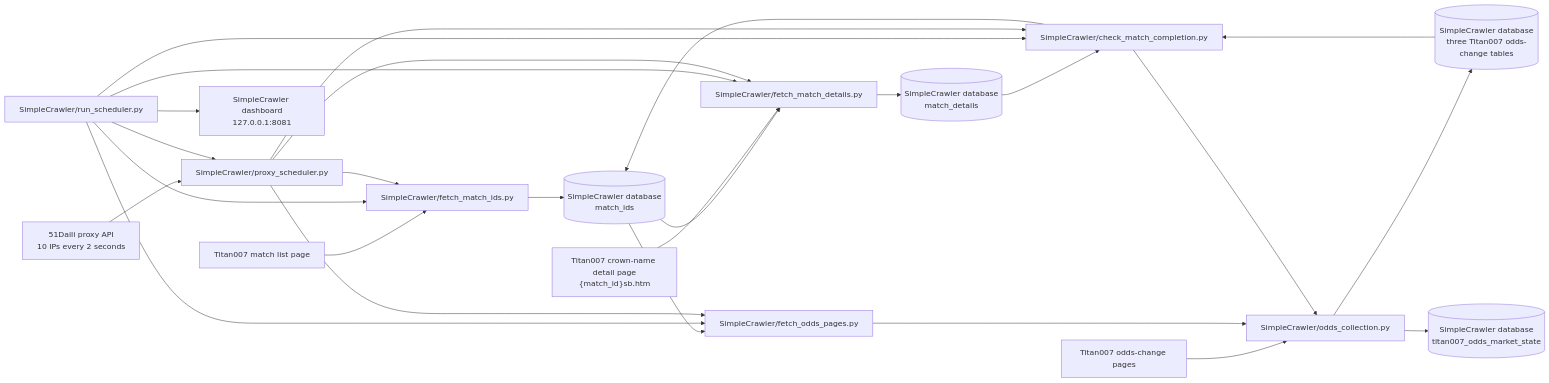
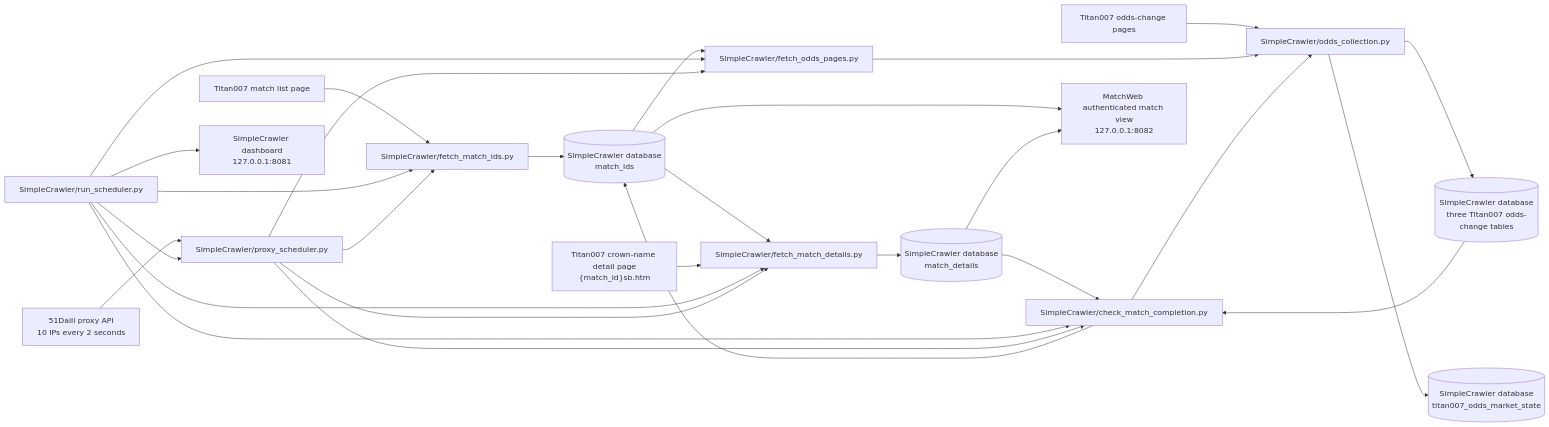
One commit to adam-zou/football2607 changed the diagram in docs/architecture/code-flow.md. Above: the diagram before and after it, drawn with Mermaid. The commit also changed other lines of this file and 17 other files, not shown here.

````diff
--- a/docs/architecture/code-flow.md
+++ b/docs/architecture/code-flow.md
@@ -9,46 +9,49 @@
 ```mermaid
 flowchart LR
     TitanList["Titan007 match list page"]
     TitanDetail["Titan007 crown-name detail page<br/>{match_id}sb.htm"]
     TitanOdds["Titan007 odds-change pages"]
 
     SimpleList["SimpleCrawler/fetch_match_ids.py"]
     SimpleDetail["SimpleCrawler/fetch_match_details.py"]
     SimpleOdds["SimpleCrawler/fetch_odds_pages.py"]
     SimpleCompletion["SimpleCrawler/check_match_completion.py"]
     SimpleOddsCollection["SimpleCrawler/odds_collection.py"]
     SimpleProxy["SimpleCrawler/proxy_scheduler.py"]
     SimpleRuntime["SimpleCrawler/run_scheduler.py"]
     SimpleDashboard["SimpleCrawler dashboard<br/>127.0.0.1:8081"]
+    MatchWeb["MatchWeb authenticated match view<br/>127.0.0.1:8082"]
     ProxyApi["51Daili proxy API<br/>10 IPs every 2 seconds"]
     SimpleMatchIds[("SimpleCrawler database<br/>match_ids")]
     SimpleMatchDetails[("SimpleCrawler database<br/>match_details")]
     SimpleOddsRows[("SimpleCrawler database<br/>three Titan007 odds-change tables")]
     SimpleOddsState[("SimpleCrawler database<br/>titan007_odds_market_state")]
 
     TitanList --> SimpleList
     SimpleList --> SimpleMatchIds
     SimpleMatchIds --> SimpleDetail
     TitanDetail --> SimpleDetail
     SimpleDetail --> SimpleMatchDetails
     SimpleMatchIds --> SimpleOdds
     TitanOdds --> SimpleOddsCollection
     SimpleOdds --> SimpleOddsCollection
     SimpleCompletion --> SimpleOddsCollection
     SimpleOddsCollection --> SimpleOddsRows
     SimpleOddsCollection --> SimpleOddsState
     SimpleMatchDetails --> SimpleCompletion
     SimpleOddsRows --> SimpleCompletion
     SimpleCompletion --> SimpleMatchIds
     ProxyApi --> SimpleProxy
     SimpleRuntime --> SimpleProxy
     SimpleRuntime --> SimpleList
     SimpleRuntime --> SimpleDetail
     SimpleRuntime --> SimpleOdds
     SimpleRuntime --> SimpleCompletion
     SimpleRuntime --> SimpleDashboard
+    SimpleMatchIds --> MatchWeb
+    SimpleMatchDetails --> MatchWeb
     SimpleProxy --> SimpleList
     SimpleProxy --> SimpleDetail
     SimpleProxy --> SimpleOdds
     SimpleProxy --> SimpleCompletion
 ```
````
